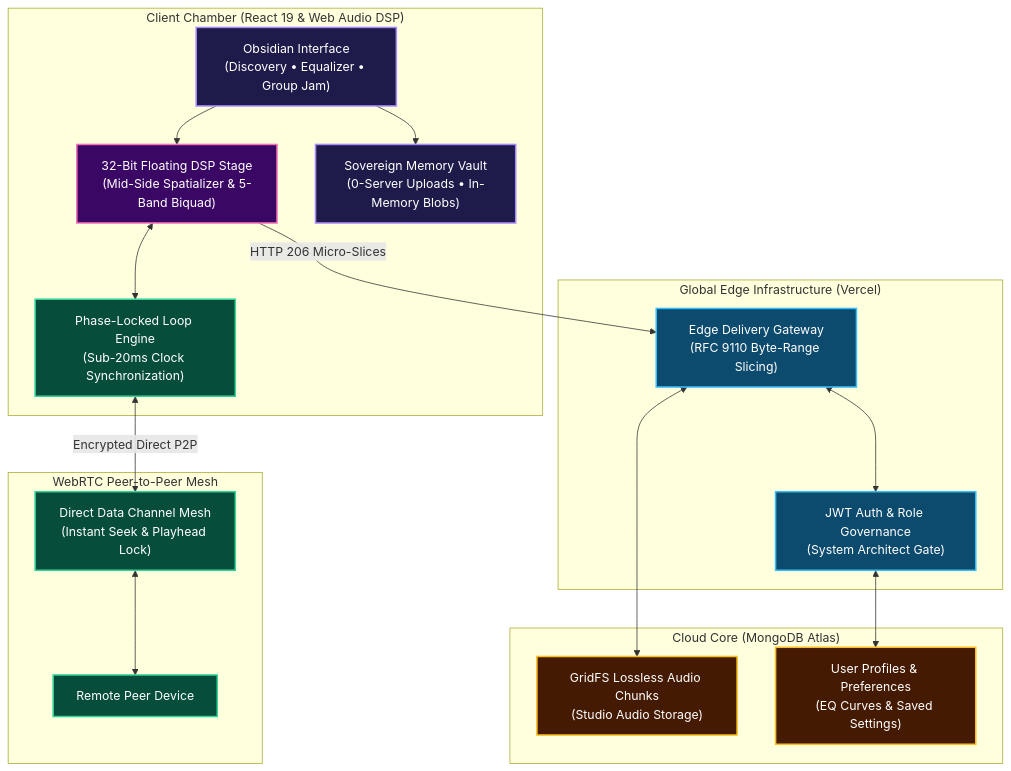
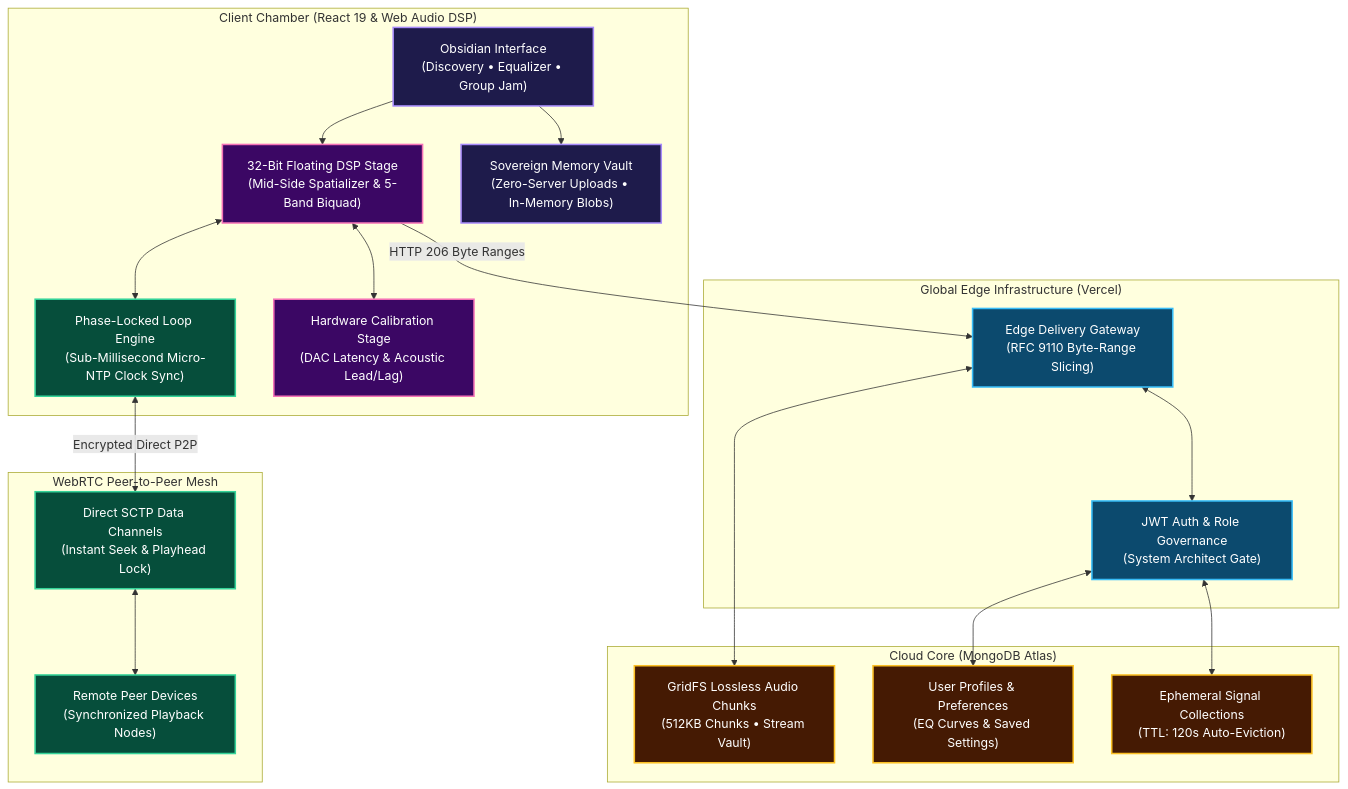
Before and after one commit to Parth-Chavan-15/Riveria: the diagram in README.md, drawn with Mermaid. The commit also changed other lines of this file and 1 other file, not shown here.

Commit message:
docs(readme): update hero showcase preview image and enhance technical specifications

````diff
--- a/README.md
+++ b/README.md
@@ -63,40 +67,44 @@
 ```mermaid
 flowchart TD
     classDef client fill:#1e1b4b,stroke:#a78bfa,stroke-width:2px,color:#ffffff
     classDef dsp fill:#3b0764,stroke:#f472b6,stroke-width:2px,color:#ffffff
     classDef p2p fill:#064e3b,stroke:#34d399,stroke-width:2px,color:#ffffff
     classDef edge fill:#0c4a6e,stroke:#38bdf8,stroke-width:2px,color:#ffffff
     classDef storage fill:#451a03,stroke:#fbbf24,stroke-width:2px,color:#ffffff
 
     subgraph ClientChamber ["Client Chamber (React 19 & Web Audio DSP)"]
-        UI["Obsidian Interface\n(Discovery • Equalizer • Group Jam)"]:::client
-        DSPStage["32-Bit Floating DSP Stage\n(Mid-Side Spatializer & 5-Band Biquad)"]:::dsp
-        LocalVault["Sovereign Memory Vault\n(0-Server Uploads • In-Memory Blobs)"]:::client
-        PLLSync["Phase-Locked Loop Engine\n(Sub-20ms Clock Synchronization)"]:::p2p
+        UI["Obsidian Interface<br/>(Discovery • Equalizer • Group Jam)"]:::client
+        DSPStage["32-Bit Floating DSP Stage<br/>(Mid-Side Spatializer & 5-Band Biquad)"]:::dsp
+        LocalVault["Sovereign Memory Vault<br/>(Zero-Server Uploads • In-Memory Blobs)"]:::client
+        PLLSync["Phase-Locked Loop Engine<br/>(Sub-Millisecond Micro-NTP Clock Sync)"]:::p2p
+        HardwareCal["Hardware Calibration Stage<br/>(DAC Latency & Acoustic Lead/Lag)"]:::dsp
     end
 
     subgraph MeshNetwork ["WebRTC Peer-to-Peer Mesh"]
-        SCTP["Direct Data Channel Mesh\n(Instant Seek & Playhead Lock)"]:::p2p
-        RemotePeer["Remote Peer Device"]:::p2p
+        SCTP["Direct SCTP Data Channels<br/>(Instant Seek & Playhead Lock)"]:::p2p
+        RemotePeer["Remote Peer Devices<br/>(Synchronized Playback Nodes)"]:::p2p
     end
 
     subgraph EdgeLayer ["Global Edge Infrastructure (Vercel)"]
-        VercelCDN["Edge Delivery Gateway\n(RFC 9110 Byte-Range Slicing)"]:::edge
-        SecurityGate["JWT Auth & Role Governance\n(System Architect Gate)"]:::edge
+        VercelCDN["Edge Delivery Gateway<br/>(RFC 9110 Byte-Range Slicing)"]:::edge
+        SecurityGate["JWT Auth & Role Governance<br/>(System Architect Gate)"]:::edge
     end
 
     subgraph CloudVault ["Cloud Core (MongoDB Atlas)"]
-        GridFSStore["GridFS Lossless Audio Chunks\n(Studio Audio Storage)"]:::storage
-        UserStore["User Profiles & Preferences\n(EQ Curves & Saved Settings)"]:::storage
+        GridFSStore["GridFS Lossless Audio Chunks<br/>(512KB Chunks • Stream Vault)"]:::storage
+        UserStore["User Profiles & Preferences<br/>(EQ Curves & Saved Settings)"]:::storage
+        TTLSignals["Ephemeral Signal Collections<br/>(TTL: 120s Auto-Eviction)"]:::storage
     end
 
     UI --> DSPStage
     UI --> LocalVault
+    DSPStage <--> HardwareCal
     DSPStage <--> PLLSync
     PLLSync <-->|Encrypted Direct P2P| SCTP
     SCTP <--> RemotePeer
-    DSPStage -->|HTTP 206 Micro-Slices| VercelCDN
+    DSPStage -->|HTTP 206 Byte Ranges| VercelCDN
     VercelCDN <--> SecurityGate
     SecurityGate <--> UserStore
     VercelCDN <--> GridFSStore
+    SecurityGate <--> TTLSignals
 ```
````
